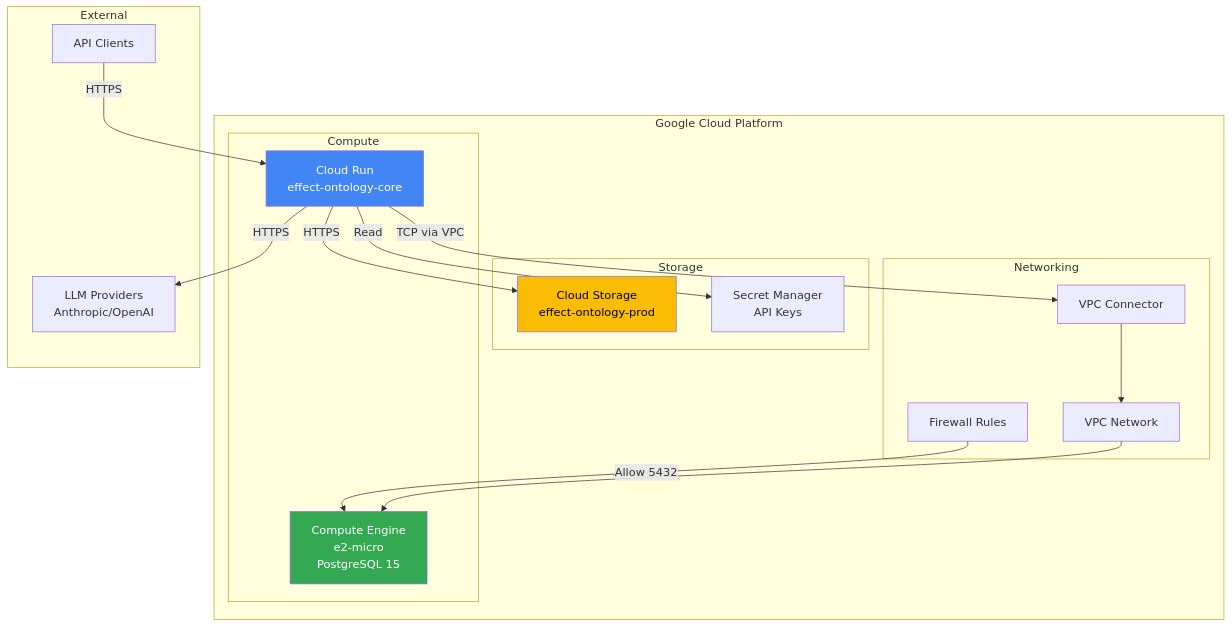
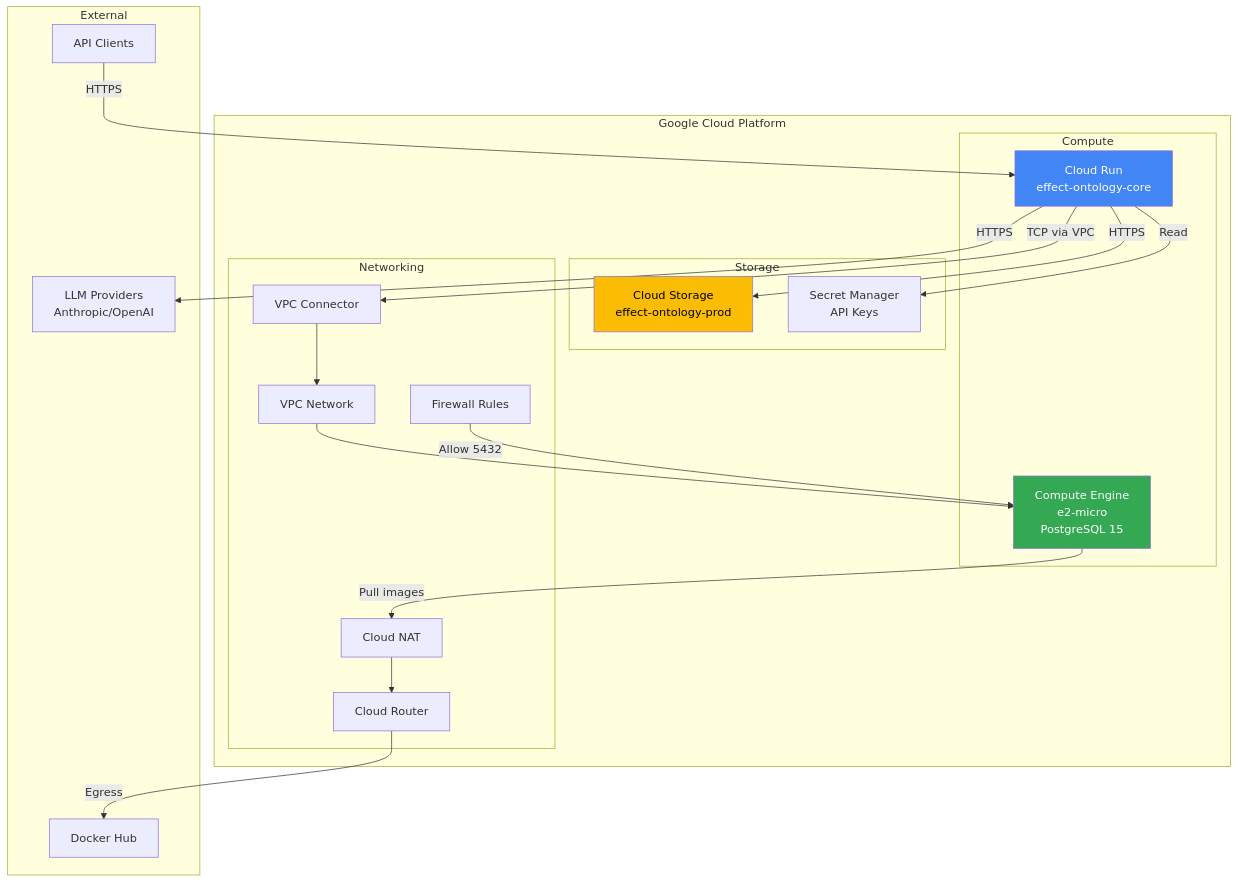
One commit to mepuka/effect-ontology changed the ninth of 13 diagrams in packages/@core-v2/docs/architecture/system-architecture.md. Above: the diagram before and after it, drawn with Mermaid. The commit also changed other lines of this file and 10 other files, not shown here.

````diff
--- a/packages/@core-v2/docs/architecture/system-architecture.md
+++ b/packages/@core-v2/docs/architecture/system-architecture.md
@@ -480,38 +480,44 @@
 ```mermaid
 graph TB
     subgraph "Google Cloud Platform"
         subgraph "Compute"
             CR[Cloud Run<br/>effect-ontology-core]
             CE[Compute Engine<br/>e2-micro<br/>PostgreSQL 15]
         end
 
         subgraph "Storage"
             GCS[Cloud Storage<br/>effect-ontology-prod]
             SM[Secret Manager<br/>API Keys]
         end
 
         subgraph "Networking"
             VPC[VPC Network]
             CONN[VPC Connector]
             FW[Firewall Rules]
+            NAT[Cloud NAT]
+            ROUTER[Cloud Router]
         end
     end
 
     subgraph "External"
         LLM[LLM Providers<br/>Anthropic/OpenAI]
         CLIENT[API Clients]
+        DOCKER[Docker Hub]
     end
 
     CLIENT -->|HTTPS| CR
     CR -->|HTTPS| LLM
     CR -->|HTTPS| GCS
     CR -->|Read| SM
     CR -->|TCP via VPC| CONN
     CONN --> VPC
     VPC --> CE
     FW -->|Allow 5432| CE
+    CE -->|Pull images| NAT
+    NAT --> ROUTER
+    ROUTER -->|Egress| DOCKER
 
     style CR fill:#4285f4,color:#fff
     style CE fill:#34a853,color:#fff
     style GCS fill:#fbbc04,color:#000
 ```
````
